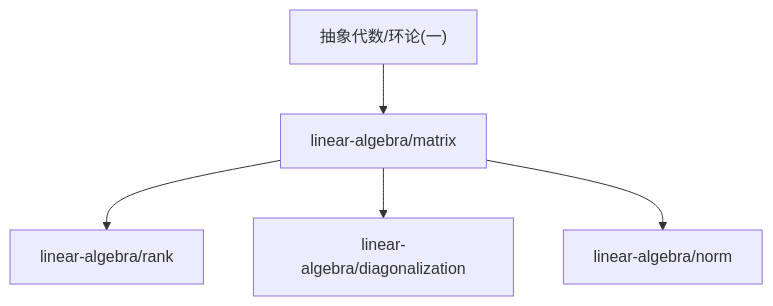
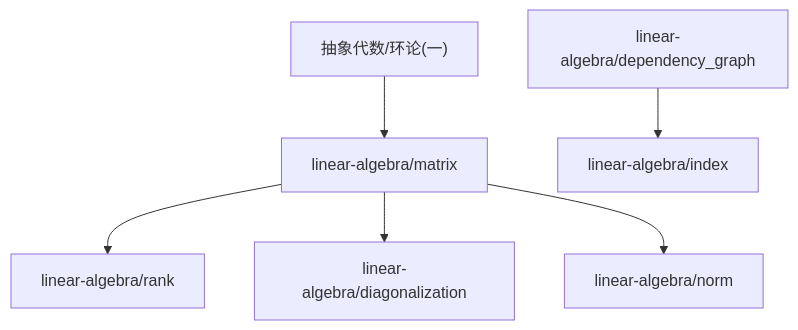
Before and after one commit to zeroDtree/zeroDtree.github.io: the diagram in content/linear-algebra/dependency_graph.md, drawn with Mermaid. The commit also changed 30 other files, not shown here.

````diff
--- a/content/linear-algebra/dependency_graph.md
+++ b/content/linear-algebra/dependency_graph.md
@@ -1,7 +1,8 @@
 ```mermaid
 graph TD
 1["linear-algebra/matrix"] --> 0["linear-algebra/rank"]
 2["抽象代数/环论(一)"] --> 1["linear-algebra/matrix"]
 1["linear-algebra/matrix"] --> 3["linear-algebra/diagonalization"]
-1["linear-algebra/matrix"] --> 4["linear-algebra/norm"]
+5["linear-algebra/dependency_graph"] --> 4["linear-algebra/index"]
+1["linear-algebra/matrix"] --> 6["linear-algebra/norm"]
 ```
````
